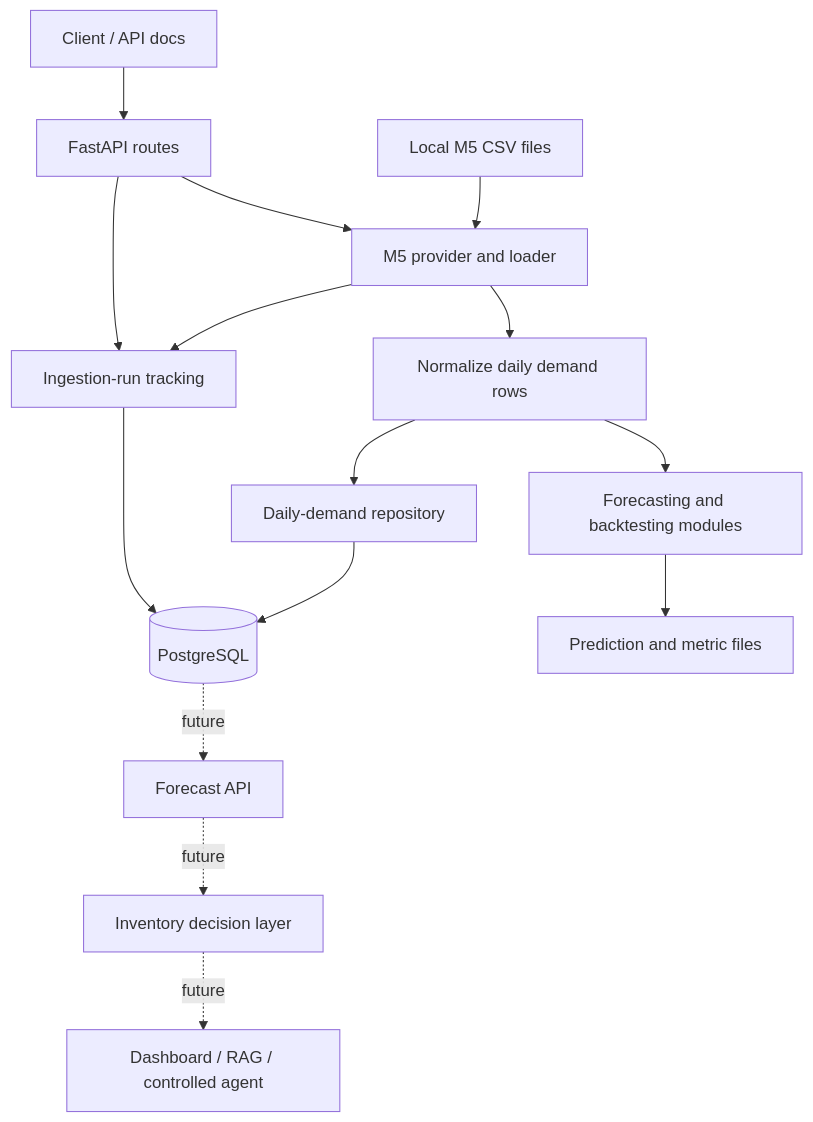
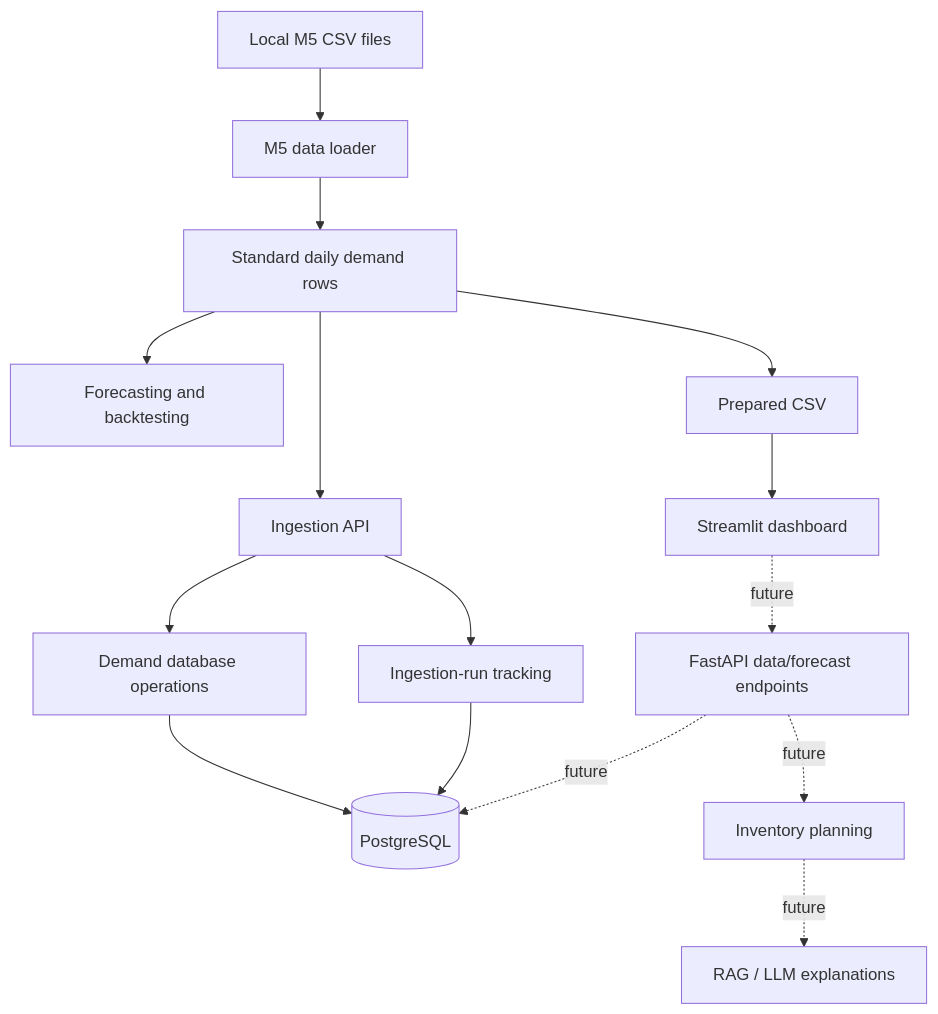
The diagram in docs/SYSTEM_ARCHITECTURE.md (aksarwar8/Decision-Intelligence-Platform), drawn with Mermaid before and after one commit. The commit also changed other lines of this file, not shown here.

Commit message:
Document simplified DecisionOS architecture

````diff
--- a/docs/SYSTEM_ARCHITECTURE.md
+++ b/docs/SYSTEM_ARCHITECTURE.md
@@ -38,17 +9,17 @@
 ```mermaid
 flowchart TD
-    A[Local M5 CSV files] --> B[M5 provider and loader]
-    B --> C[Normalize daily demand rows]
-    C --> D[Daily-demand repository]
-    D --> E[(PostgreSQL)]
-    B --> F[Ingestion-run tracking]
-    F --> E
-    C --> G[Forecasting and backtesting modules]
-    G --> H[Prediction and metric files]
-    I[Client / API docs] --> J[FastAPI routes]
-    J --> B
-    J --> F
-    E -. future .-> K[Forecast API]
-    K -. future .-> L[Inventory decision layer]
-    L -. future .-> M[Dashboard / RAG / controlled agent]
+    A[Local M5 CSV files] --> B[M5 data loader]
+    B --> C[Standard daily demand rows]
+    C --> D[Forecasting and backtesting]
+    C --> E[Ingestion API]
+    E --> F[Demand database operations]
+    F --> G[(PostgreSQL)]
+    E --> H[Ingestion-run tracking]
+    H --> G
+    C --> I[Prepared CSV]
+    I --> J[Streamlit dashboard]
+    J -. future .-> K[FastAPI data/forecast endpoints]
+    K -. future .-> G
+    K -. future .-> L[Inventory planning]
+    L -. future .-> M[RAG / LLM explanations]
 ```
````
